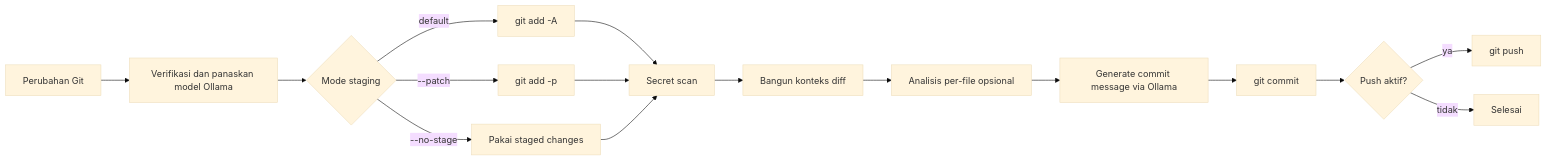
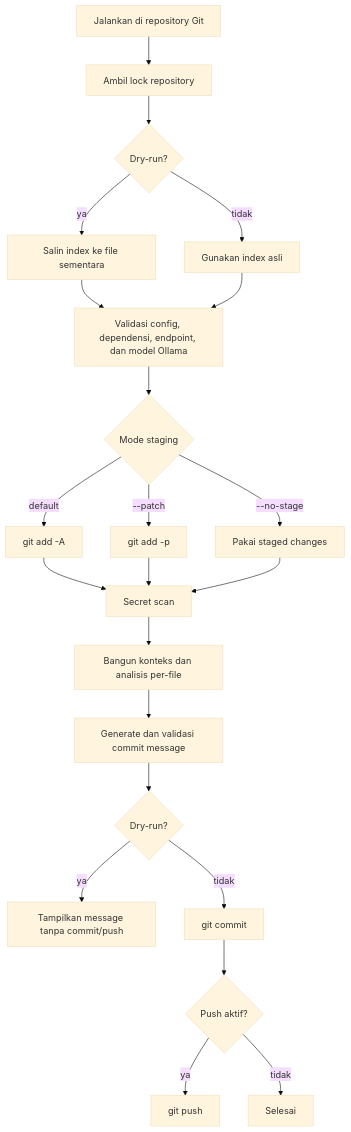
Before and after one commit to aibersemi/git-auto-commit-ollama: the diagram in README.md, drawn with Mermaid (base theme). The commit also changed other lines of this file and 3 other files, not shown here.

````diff
--- a/README.md
+++ b/README.md
@@ -50,18 +50,24 @@
 ```mermaid
-flowchart LR
-  A[Perubahan Git] --> O[Verifikasi dan panaskan model Ollama]
-  O --> B{Mode staging}
-  B -->|default| C[git add -A]
-  B -->|--patch| D[git add -p]
-  B -->|--no-stage| E[Pakai staged changes]
-  C --> F[Secret scan]
-  D --> F
+flowchart TD
+  A[Jalankan di repository Git] --> B[Ambil lock repository]
+  B --> C{Dry-run?}
+  C -->|ya| D[Salin index ke file sementara]
+  C -->|tidak| E[Gunakan index asli]
+  D --> F[Validasi config, dependensi, endpoint, dan model Ollama]
   E --> F
-  F --> G[Bangun konteks diff]
-  G --> H[Analisis per-file opsional]
-  H --> I[Generate commit message via Ollama]
-  I --> J[git commit]
-  J --> K{Push aktif?}
-  K -->|ya| L[git push]
-  K -->|tidak| M[Selesai]
+  F --> G{Mode staging}
+  G -->|default| H[git add -A]
+  G -->|--patch| I[git add -p]
+  G -->|--no-stage| J[Pakai staged changes]
+  H --> K[Secret scan]
+  I --> K
+  J --> K
+  K --> L[Bangun konteks dan analisis per-file]
+  L --> M[Generate dan validasi commit message]
+  M --> N{Dry-run?}
+  N -->|ya| O[Tampilkan message tanpa commit/push]
+  N -->|tidak| P[git commit]
+  P --> Q{Push aktif?}
+  Q -->|ya| R[git push]
+  Q -->|tidak| S[Selesai]
 ```
````
